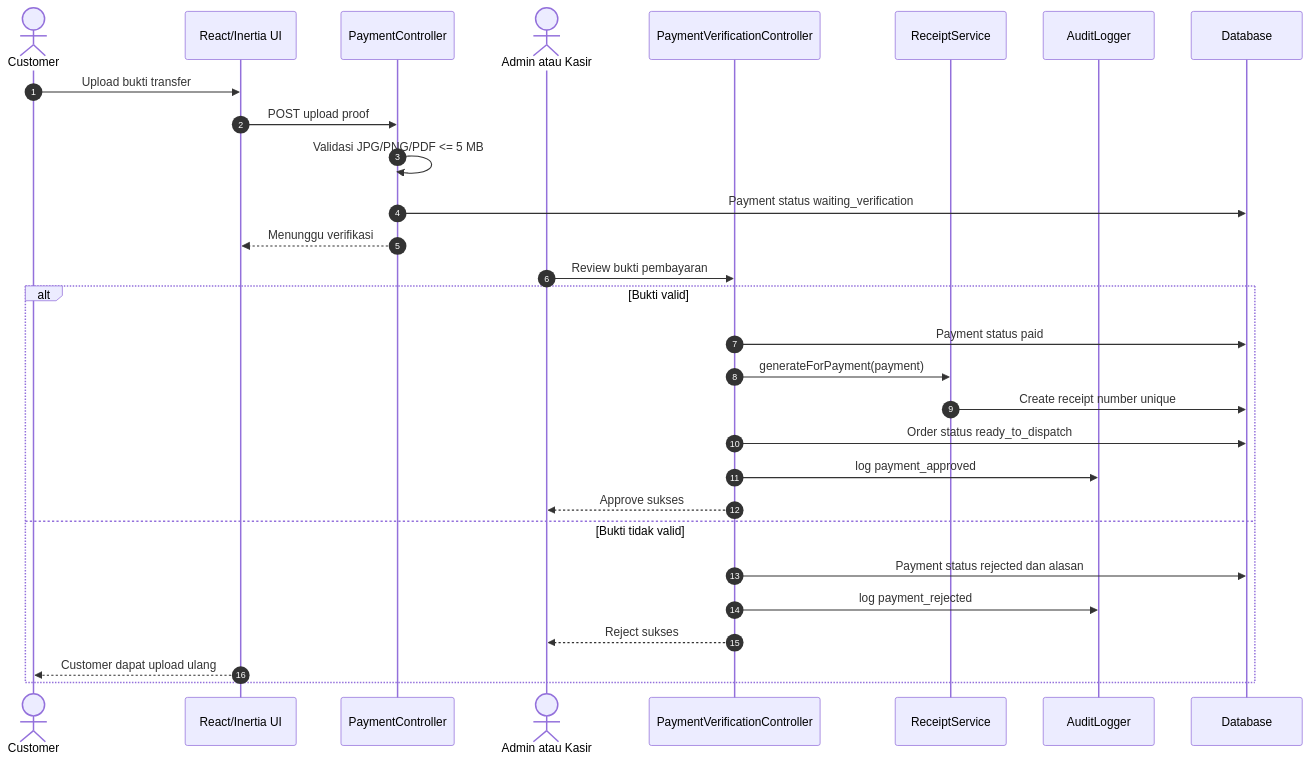
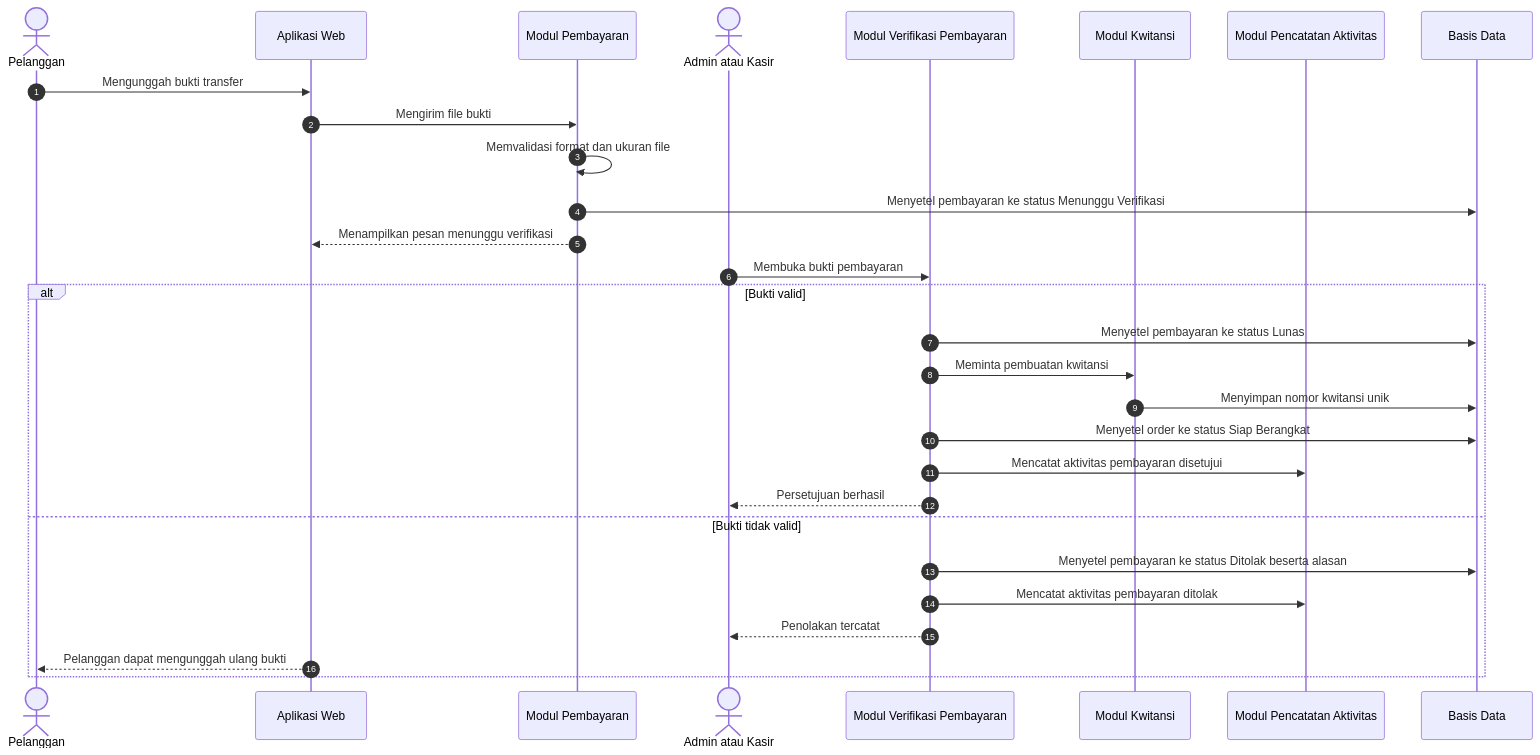
One commit to nabiilnuryassar/rent-car changed the eighth of 15 diagrams in docs/UML_MERMAID.md. Above: the diagram before and after it, drawn with Mermaid. The commit also changed other lines of this file, not shown here.

Commit message:
update docs uml

````diff
--- a/docs/UML_MERMAID.md
+++ b/docs/UML_MERMAID.md
@@ -351,33 +342,33 @@
 ```mermaid
 sequenceDiagram
     autonumber
-    actor Customer
-    participant UI as React/Inertia UI
-    participant PayCtrl as PaymentController
+    actor Pelanggan
+    participant Aplikasi as Aplikasi Web
+    participant Pembayaran as Modul Pembayaran
     actor AdminKasir as Admin atau Kasir
-    participant VerifyCtrl as PaymentVerificationController
-    participant Receipt as ReceiptService
-    participant Audit as AuditLogger
-    participant DB as Database
+    participant Verifikasi as Modul Verifikasi Pembayaran
+    participant Kwitansi as Modul Kwitansi
+    participant Aktivitas as Modul Pencatatan Aktivitas
+    participant Basis as Basis Data
 
-    Customer->>UI: Upload bukti transfer
-    UI->>PayCtrl: POST upload proof
-    PayCtrl->>PayCtrl: Validasi JPG/PNG/PDF <= 5 MB
-    PayCtrl->>DB: Payment status waiting_verification
-    PayCtrl-->>UI: Menunggu verifikasi
+    Pelanggan->>Aplikasi: Mengunggah bukti transfer
+    Aplikasi->>Pembayaran: Mengirim file bukti
+    Pembayaran->>Pembayaran: Memvalidasi format dan ukuran file
+    Pembayaran->>Basis: Menyetel pembayaran ke status Menunggu Verifikasi
+    Pembayaran-->>Aplikasi: Menampilkan pesan menunggu verifikasi
 
-    AdminKasir->>VerifyCtrl: Review bukti pembayaran
+    AdminKasir->>Verifikasi: Membuka bukti pembayaran
     alt Bukti valid
-        VerifyCtrl->>DB: Payment status paid
-        VerifyCtrl->>Receipt: generateForPayment(payment)
-        Receipt->>DB: Create receipt number unique
-        VerifyCtrl->>DB: Order status ready_to_dispatch
-        VerifyCtrl->>Audit: log payment_approved
-        VerifyCtrl-->>AdminKasir: Approve sukses
+        Verifikasi->>Basis: Menyetel pembayaran ke status Lunas
+        Verifikasi->>Kwitansi: Meminta pembuatan kwitansi
+        Kwitansi->>Basis: Menyimpan nomor kwitansi unik
+        Verifikasi->>Basis: Menyetel order ke status Siap Berangkat
+        Verifikasi->>Aktivitas: Mencatat aktivitas pembayaran disetujui
+        Verifikasi-->>AdminKasir: Persetujuan berhasil
     else Bukti tidak valid
-        VerifyCtrl->>DB: Payment status rejected dan alasan
-        VerifyCtrl->>Audit: log payment_rejected
-        VerifyCtrl-->>AdminKasir: Reject sukses
-        UI-->>Customer: Customer dapat upload ulang
+        Verifikasi->>Basis: Menyetel pembayaran ke status Ditolak beserta alasan
+        Verifikasi->>Aktivitas: Mencatat aktivitas pembayaran ditolak
+        Verifikasi-->>AdminKasir: Penolakan tercatat
+        Aplikasi-->>Pelanggan: Pelanggan dapat mengunggah ulang bukti
     end
 ```
````
